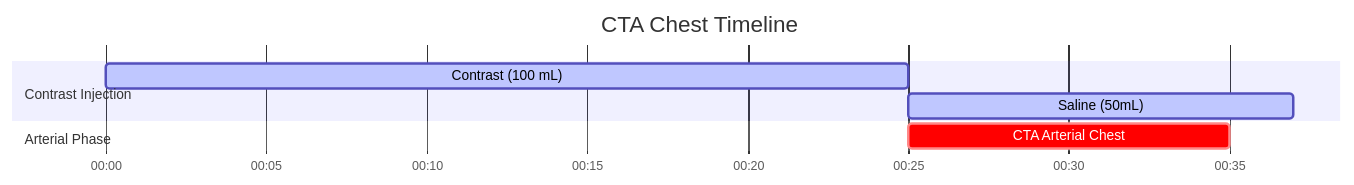
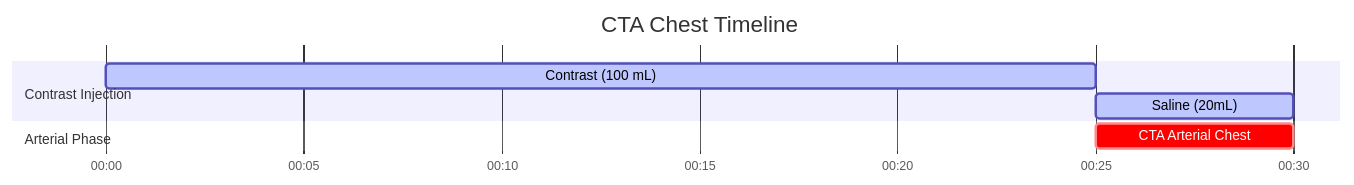
The diagram in docs/ct/vascular/cta-chest.md (dfergs93/radiology-protocols), drawn with Mermaid before and after one commit. The commit also changed other lines of this file and 113 other files, not shown here.

````diff
--- a/docs/ct/vascular/cta-chest.md
+++ b/docs/ct/vascular/cta-chest.md
@@ -82,16 +83,16 @@
   ```mermaid
   ---
   config:
     theme: default
   ---
     gantt
       title CTA Chest Timeline
       dateFormat mm:ss
       axisFormat %M:%S 
       
       section Contrast Injection
       Contrast (100 mL)    :active, contrast, 00:00, 25s
-      Saline (50mL)          :active, saline, after contrast, 12s
+      Saline (20mL)          :active, saline, after contrast, 5s
       section Arterial Phase
-      CTA Arterial Chest    :crit, scan1, 00:25, 10s
+      CTA Arterial Chest    :crit, scan1, after contrast, 5s
   ```
````
